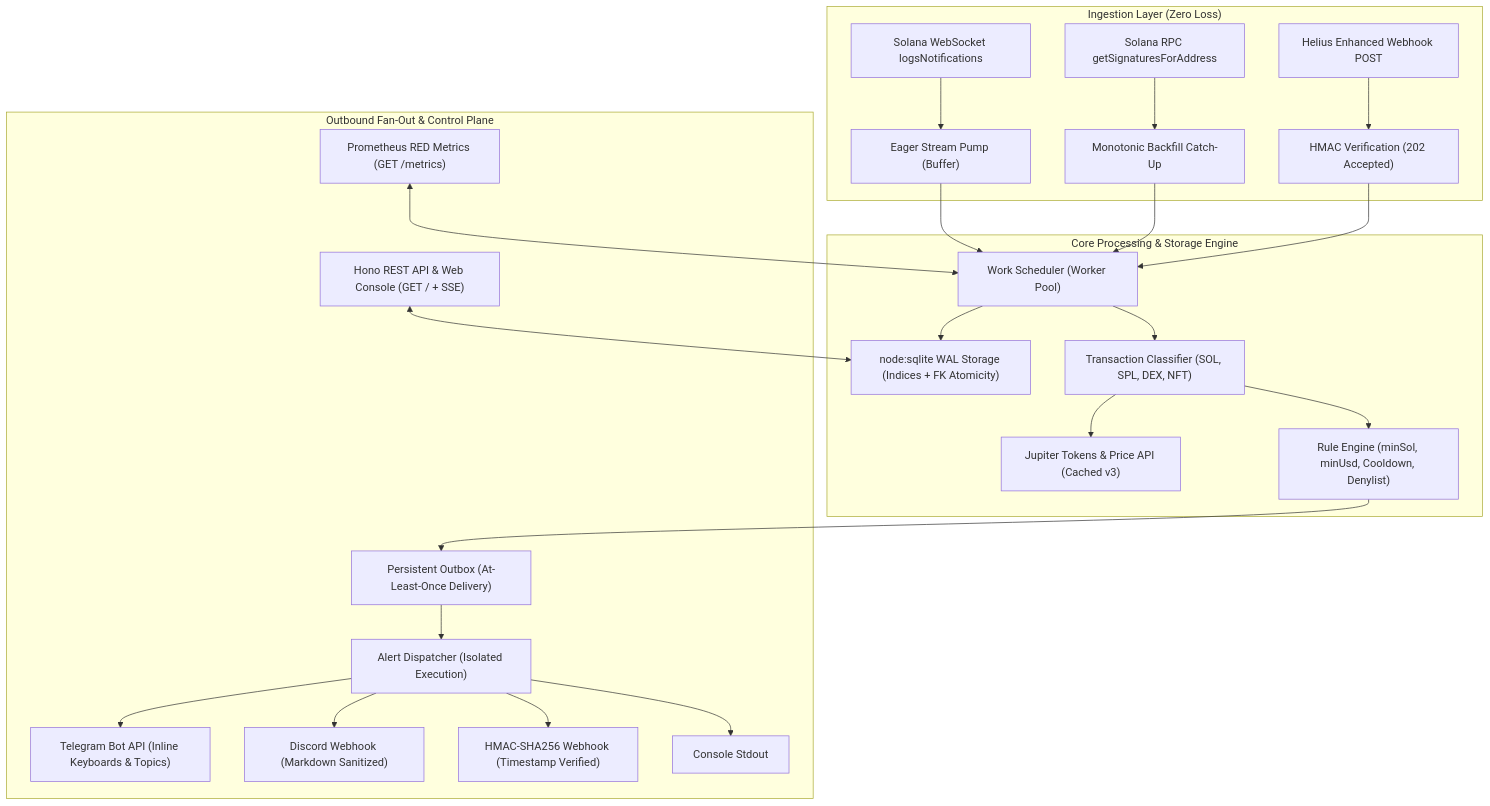
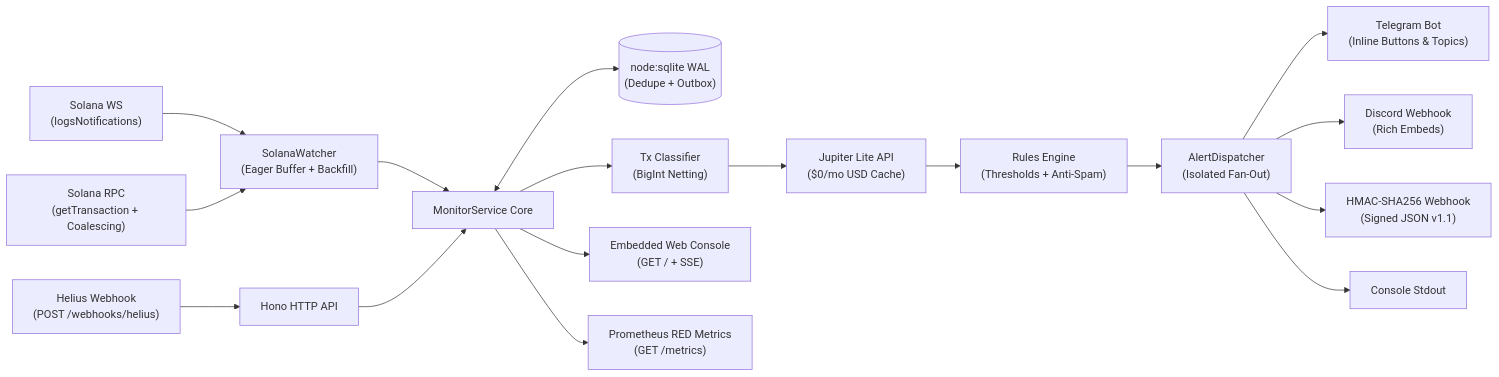
The diagram in README.md (oscarbol09/solwatch), drawn with Mermaid before and after one commit. The commit also changed other lines of this file and 7 other files, not shown here.

Commit message:
docs: add comprehensive architecture, runbook, and api specifications with commercial positioning

````diff
--- a/README.md
+++ b/README.md
@@ -160,29 +67,23 @@
 ```mermaid
-flowchart TD
-    subgraph Ingestion["Ingestion Layer (Zero Loss)"]
-        WS["Solana WebSocket logsNotifications"] --> EagerPump["Eager Stream Pump (Buffer)"]
-        RPC["Solana RPC getSignaturesForAddress"] --> Backfill["Monotonic Backfill Catch-Up"]
-        Helius["Helius Enhanced Webhook POST"] --> IngestAuth["HMAC Verification (202 Accepted)"]
-    end
-
-    subgraph Core["Core Processing & Storage Engine"]
-        EagerPump --> SchedQueue["Work Scheduler (Worker Pool)"]
-        Backfill --> SchedQueue
-        IngestAuth --> SchedQueue
-        SchedQueue --> SQLite["node:sqlite WAL Storage (Indices + FK Atomicity)"]
-        SchedQueue --> Classifier["Transaction Classifier (SOL, SPL, DEX, NFT)"]
-        Classifier --> PriceCache["Jupiter Tokens & Price API (Cached v3)"]
-        Classifier --> RuleEngine["Rule Engine (minSol, minUsd, Cooldown, Denylist)"]
-    end
-
-    subgraph Outbound["Outbound Fan-Out & Control Plane"]
-        RuleEngine --> Outbox["Persistent Outbox (At-Least-Once Delivery)"]
-        Outbox --> Dispatcher["Alert Dispatcher (Isolated Execution)"]
-        Dispatcher --> TG["Telegram Bot API (Inline Keyboards & Topics)"]
-        Dispatcher --> DC["Discord Webhook (Markdown Sanitized)"]
-        Dispatcher --> WH["HMAC-SHA256 Webhook (Timestamp Verified)"]
-        Dispatcher --> CON["Console Stdout"]
-        API["Hono REST API & Web Console (GET / + SSE)"] <--> SQLite
-        Prom["Prometheus RED Metrics (GET /metrics)"] <--> SchedQueue
-    end
+flowchart LR
+    WS["Solana WS<br/>(logsNotifications)"] --> Watcher["SolanaWatcher<br/>(Eager Buffer + Backfill)"]
+    RPC["Solana RPC<br/>(getTransaction + Coalescing)"] --> Watcher
+    Helius["Helius Webhook<br/>(POST /webhooks/helius)"] --> API["Hono HTTP API"]
+    
+    Watcher --> Service["MonitorService Core"]
+    API --> Service
+    
+    Service <--> DB[("node:sqlite WAL<br/>(Dedupe + Outbox)")]
+    Service --> Classifier["Tx Classifier<br/>(BigInt Netting)"]
+    Classifier --> Price["Jupiter Lite API<br/>($0/mo USD Cache)"]
+    Price --> Rules["Rules Engine<br/>(Thresholds + Anti-Spam)"]
+    Rules --> Dispatcher["AlertDispatcher<br/>(Isolated Fan-Out)"]
+    
+    Dispatcher --> TG["Telegram Bot<br/>(Inline Buttons & Topics)"]
+    Dispatcher --> DC["Discord Webhook<br/>(Rich Embeds)"]
+    Dispatcher --> WH["HMAC-SHA256 Webhook<br/>(Signed JSON v1.1)"]
+    Dispatcher --> CON["Console Stdout"]
+    
+    Service --> WebUI["Embedded Web Console<br/>(GET / + SSE)"]
+    Service --> Metrics["Prometheus RED Metrics<br/>(GET /metrics)"]
 ```
````
